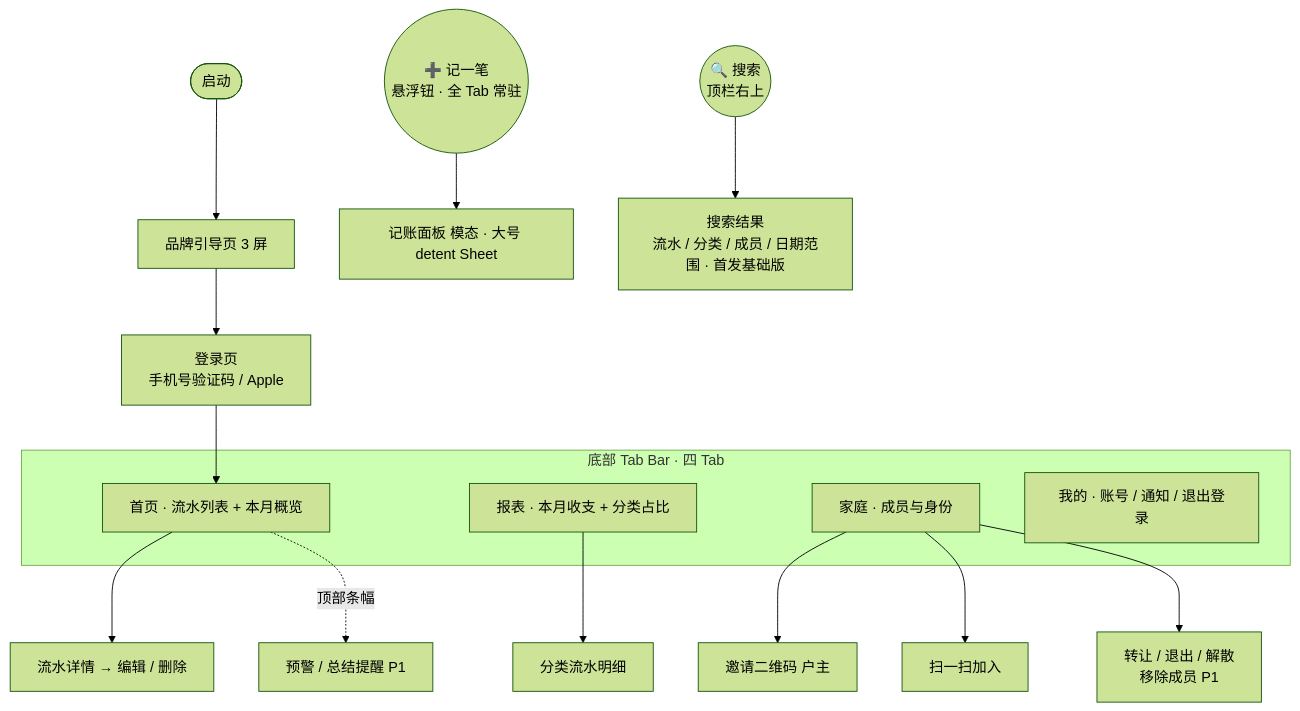
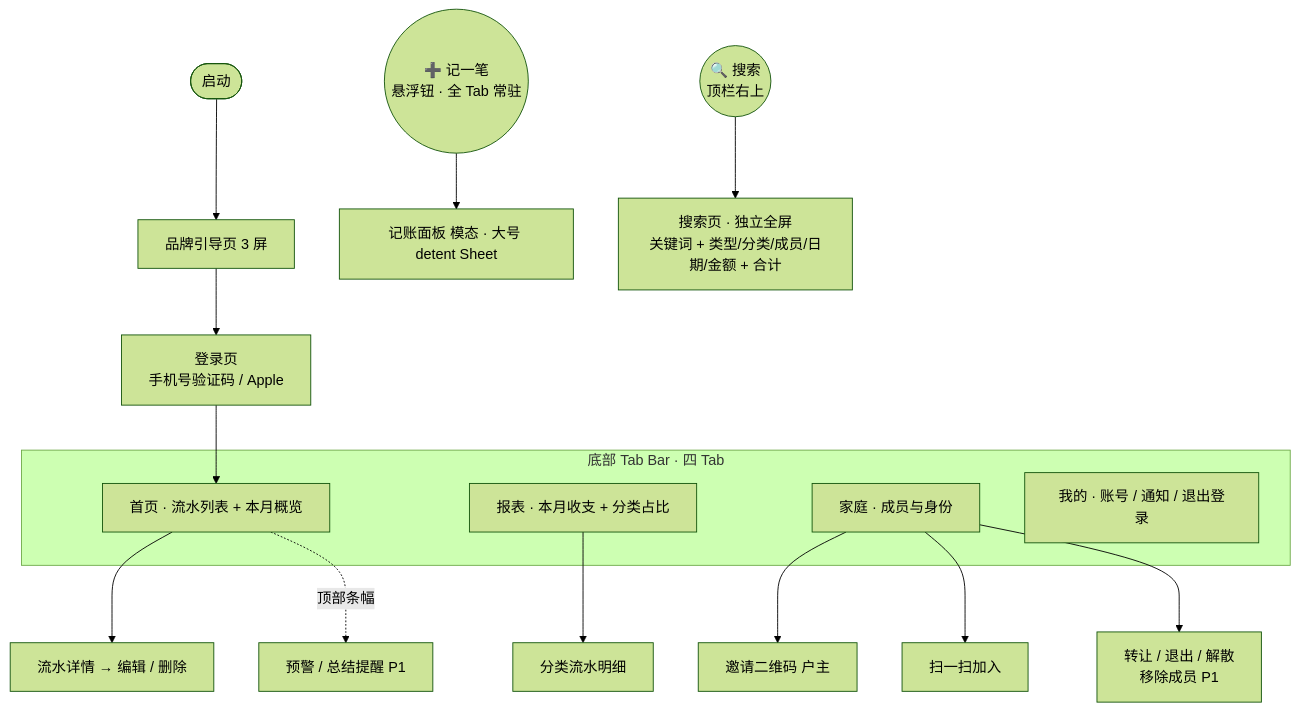
Before and after one commit to raochen0000/HomeBook: the diagram in docs/IA.md, drawn with Mermaid (forest theme). The commit also changed other lines of this file and 3 other files, not shown here.

````diff
--- a/docs/IA.md
+++ b/docs/IA.md
@@ -49,28 +49,28 @@
 ```mermaid
 flowchart TD
     Start([启动]) --> Guide[品牌引导页 3 屏]
     Guide --> Login[登录页<br/>手机号验证码 / Apple]
     Login --> Home
 
     subgraph 主框架[底部 Tab Bar · 四 Tab]
       Home[首页 · 流水列表 + 本月概览]
       Report[报表 · 本月收支 + 分类占比]
       Family[家庭 · 成员与身份]
       Mine[我的 · 账号 / 通知 / 退出登录]
     end
 
     Add((➕ 记一笔<br/>悬浮钮 · 全 Tab 常驻))
     Search((🔍 搜索<br/>顶栏右上))
 
     Home --> Detail[流水详情 → 编辑 / 删除]
     Home -.顶部条幅.-> Banner[预警 / 总结提醒 P1]
 
     Add --> AddPanel[记账面板 模态 · 大号 detent Sheet]
-    Search --> SearchPage[搜索结果<br/>流水 / 分类 / 成员 / 日期范围 · 首发基础版]
+    Search --> SearchPage[搜索页 · 独立全屏<br/>关键词 + 类型/分类/成员/日期/金额 + 合计]
 
     Report --> CatList[分类流水明细]
 
     Family --> Invite[邀请二维码 户主]
     Family --> Scan[扫一扫加入]
     Family --> Manage[转让 / 退出 / 解散<br/>移除成员 P1]
 ```
````
